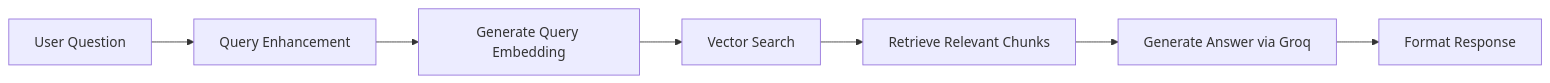
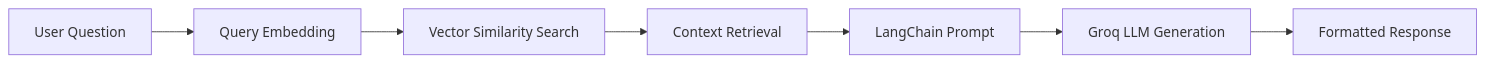
One commit to thishamdi/rag-chatbot changed the second of 2 diagrams in README.md. Above: the diagram before and after it, drawn with Mermaid. The commit also changed other lines of this file and 22 other files, not shown here.

First line of the commit message:
🦜 Complete LangChain RAG Migration with Modern UI

````diff
--- a/README.md
+++ b/README.md
@@ -237,9 +233,9 @@
 ```mermaid
 graph LR
-    A[User Question] --> B[Query Enhancement]
-    B --> C[Generate Query Embedding]
-    C --> D[Vector Search]
-    D --> E[Retrieve Relevant Chunks]
-    E --> F[Generate Answer via Groq]
-    F --> G[Format Response]
+    A[User Question] --> B[Query Embedding]
+    B --> C[Vector Similarity Search]
+    C --> D[Context Retrieval]
+    D --> E[LangChain Prompt]
+    E --> F[Groq LLM Generation]
+    F --> G[Formatted Response]
 ```
````
